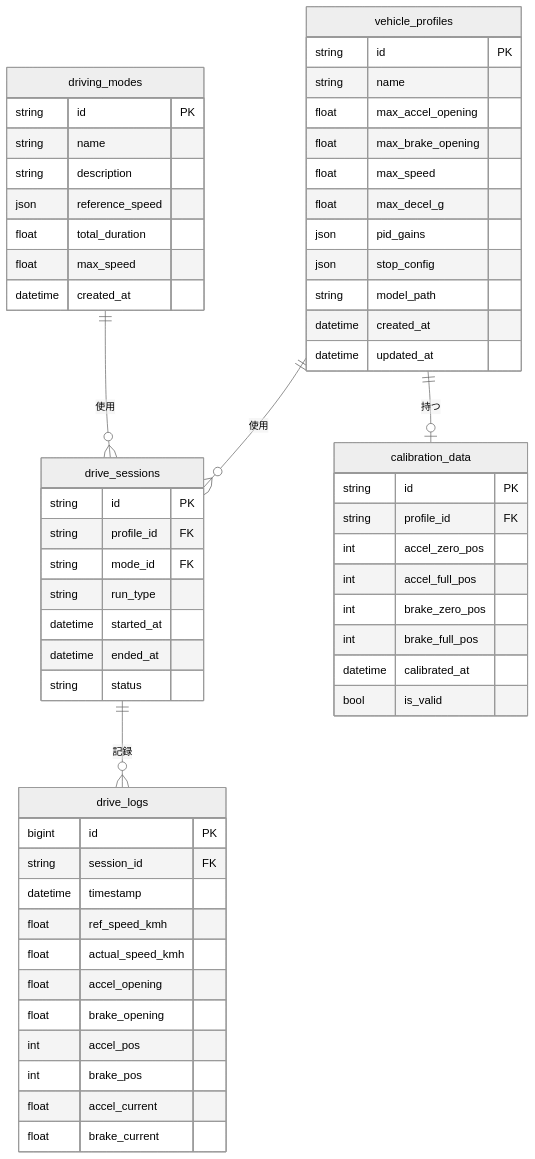
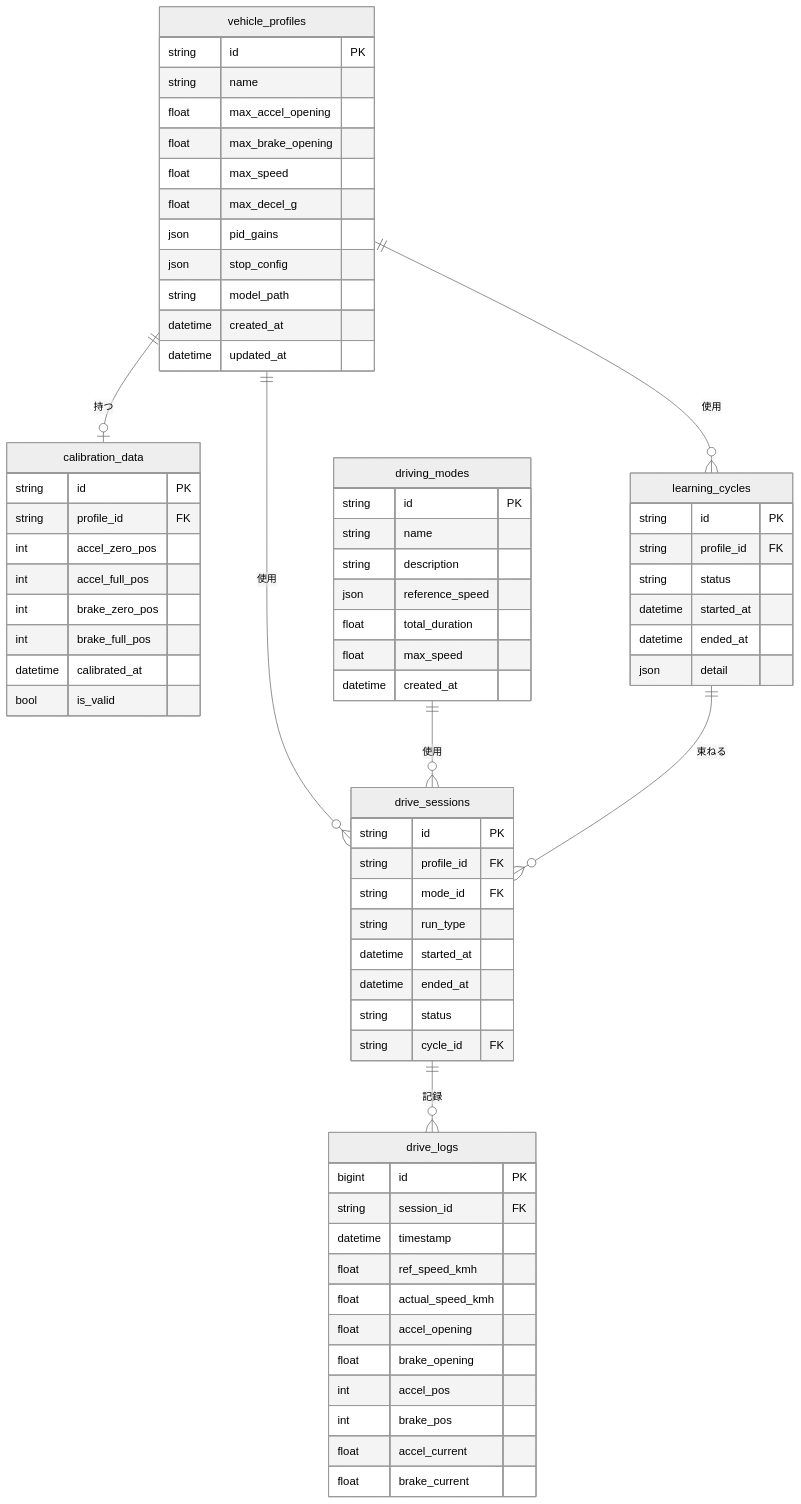
The second of 11 diagrams in docs/functional-design.md (sskkusk1219/driving_robot), drawn with Mermaid (neutral theme) before and after one commit. The commit also changed other lines of this file and 105 other files, not shown here.

````diff
--- a/docs/functional-design.md
+++ b/docs/functional-design.md
@@ -234,66 +247,78 @@
 ```mermaid
 erDiagram
     vehicle_profiles ||--o{ drive_sessions : "使用"
     vehicle_profiles ||--o| calibration_data : "持つ"
+    vehicle_profiles ||--o{ learning_cycles : "使用"
     driving_modes ||--o{ drive_sessions : "使用"
     drive_sessions ||--o{ drive_logs : "記録"
+    learning_cycles ||--o{ drive_sessions : "束ねる"
 
     vehicle_profiles {
         string id PK
         string name
         float max_accel_opening
         float max_brake_opening
         float max_speed
         float max_decel_g
         json pid_gains
         json stop_config
         string model_path
         datetime created_at
         datetime updated_at
     }
 
     calibration_data {
         string id PK
         string profile_id FK
         int accel_zero_pos
         int accel_full_pos
         int brake_zero_pos
         int brake_full_pos
         datetime calibrated_at
         bool is_valid
     }
 
     driving_modes {
         string id PK
         string name
         string description
         json reference_speed
         float total_duration
         float max_speed
         datetime created_at
     }
 
     drive_sessions {
         string id PK
         string profile_id FK
         string mode_id FK
         string run_type
         datetime started_at
         datetime ended_at
         string status
+        string cycle_id FK
+    }
+
+    learning_cycles {
+        string id PK
+        string profile_id FK
+        string status
+        datetime started_at
+        datetime ended_at
+        json detail
     }
 
     drive_logs {
         bigint id PK
         string session_id FK
         datetime timestamp
         float ref_speed_kmh
         float actual_speed_kmh
         float accel_opening
         float brake_opening
         int accel_pos
         int brake_pos
         float accel_current
         float brake_current
     }
 ```
````
